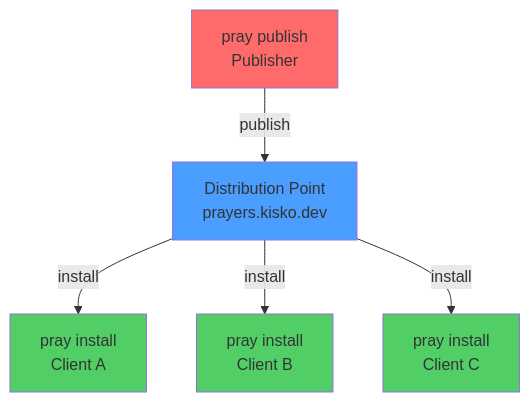
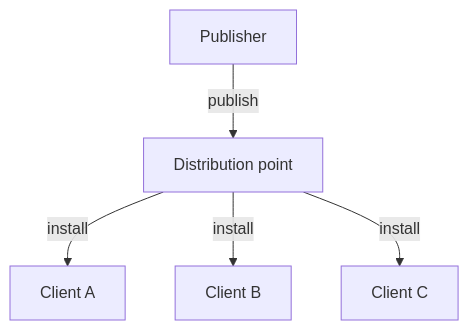
One commit to kiskolabs/pray changed the first of 4 diagrams in docs/distribution-architecture.md. Above: the diagram before and after it, drawn with Mermaid. The commit also changed other lines of this file and 5 other files, not shown here.

````diff
--- a/docs/distribution-architecture.md
+++ b/docs/distribution-architecture.md
@@ -7,19 +9,13 @@
 ```mermaid
 graph TD
-    Server[Distribution Point<br/>prayers.kisko.dev]
-    Client1[pray install<br/>Client A]
-    Client2[pray install<br/>Client B]
-    Client3[pray install<br/>Client C]
-    Publisher[pray publish<br/>Publisher]
-    
-    Publisher -->|publish| Server
-    Server -->|install| Client1
-    Server -->|install| Client2
-    Server -->|install| Client3
-    
-    style Server fill:#4a9eff
-    style Publisher fill:#ff6b6b
-    style Client1 fill:#51cf66
-    style Client2 fill:#51cf66
-    style Client3 fill:#51cf66
+    Origin[Distribution point]
+    Publisher[Publisher]
+    Client1[Client A]
+    Client2[Client B]
+    Client3[Client C]
+
+    Publisher -->|publish| Origin
+    Origin -->|install| Client1
+    Origin -->|install| Client2
+    Origin -->|install| Client3
 ```
````
